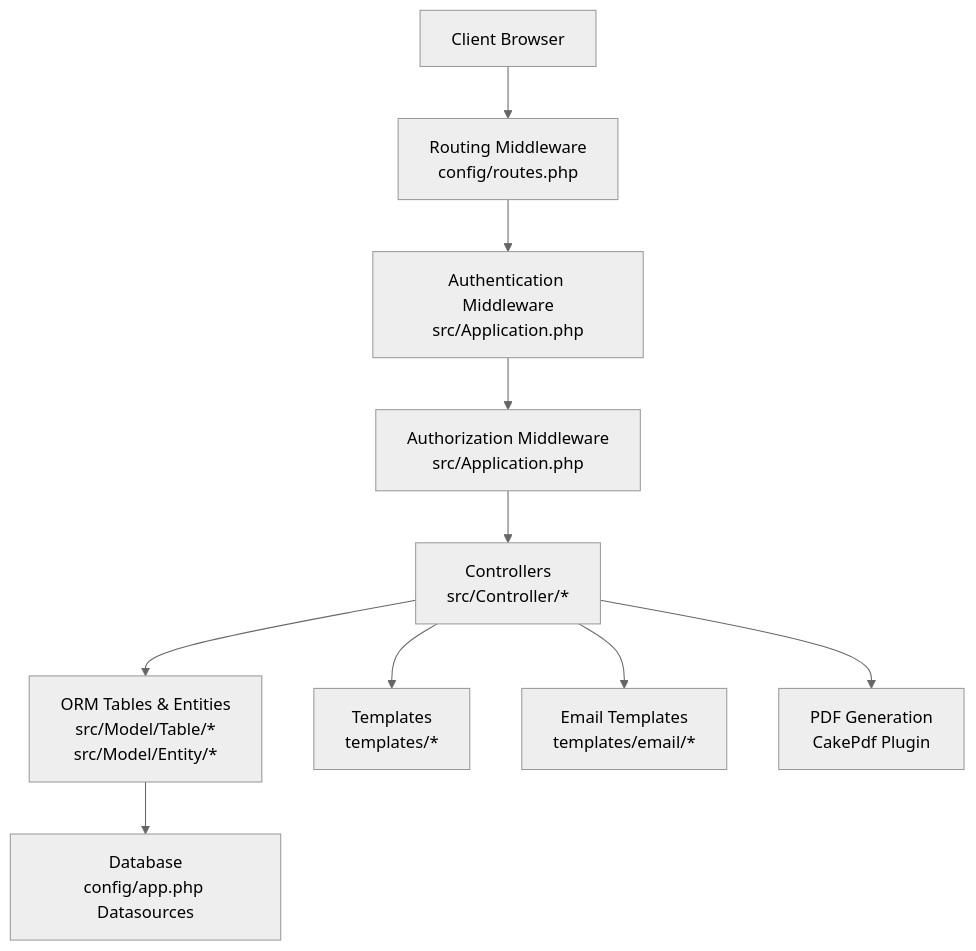
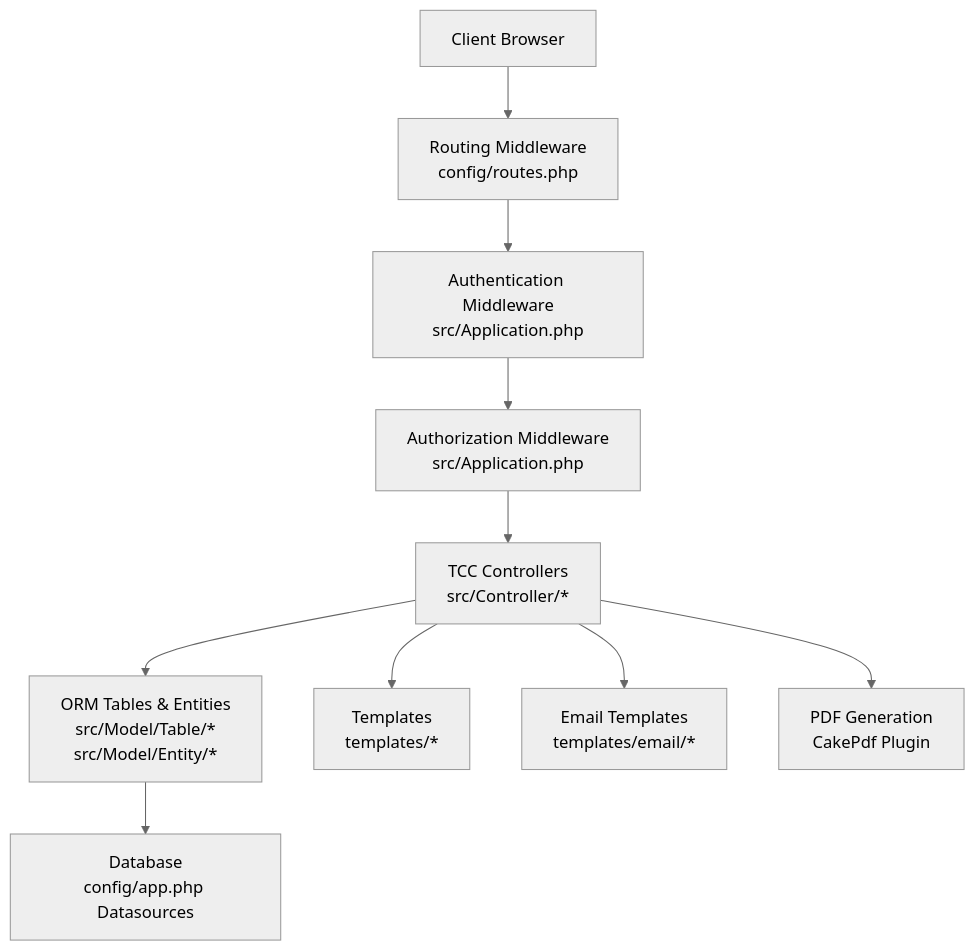
The first of 10 diagrams in .qoder/repowiki/en/content/Architecture Overview/Architecture Overview.md (luiseduacosta/tcc4), drawn with Mermaid (neutral theme) before and after one commit. The commit also changed other lines of this file and 101 other files, not shown here.

````diff
--- a/.qoder/repowiki/en/content/Architecture Overview/Architecture Overview.md
+++ b/.qoder/repowiki/en/content/Architecture Overview/Architecture Overview.md
@@ -46,12 +54,12 @@
 ```mermaid
 graph TB
 Client["Client Browser"] --> Router["Routing Middleware<br/>config/routes.php"]
 Router --> AuthMW["Authentication Middleware<br/>src/Application.php"]
 AuthMW --> AuthzMW["Authorization Middleware<br/>src/Application.php"]
-AuthzMW --> Controller["Controllers<br/>src/Controller/*"]
+AuthzMW --> Controller["TCC Controllers<br/>src/Controller/*"]
 Controller --> Model["ORM Tables & Entities<br/>src/Model/Table/*<br/>src/Model/Entity/*"]
 Controller --> View["Templates<br/>templates/*"]
 Model --> DB["Database<br/>config/app.php Datasources"]
 Controller --> Email["Email Templates<br/>templates/email/*"]
 Controller --> PDF["PDF Generation<br/>CakePdf Plugin"]
 ```
````
